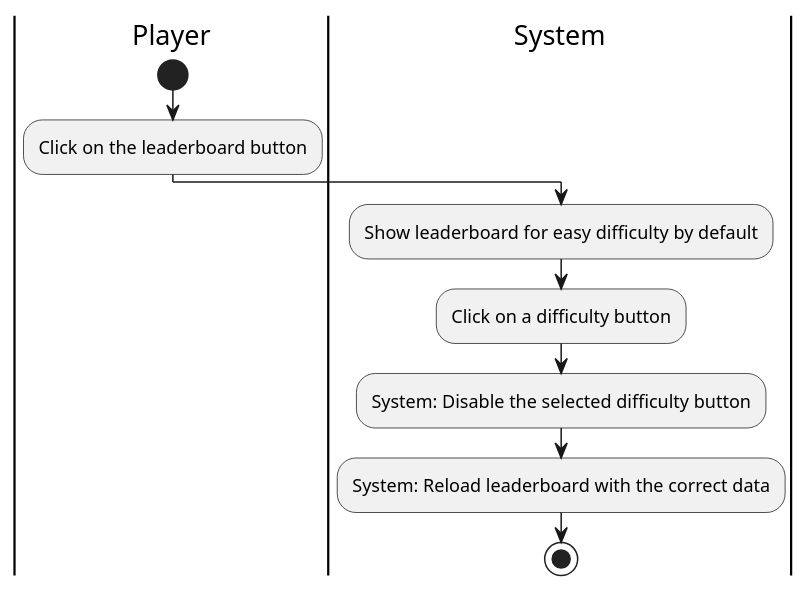
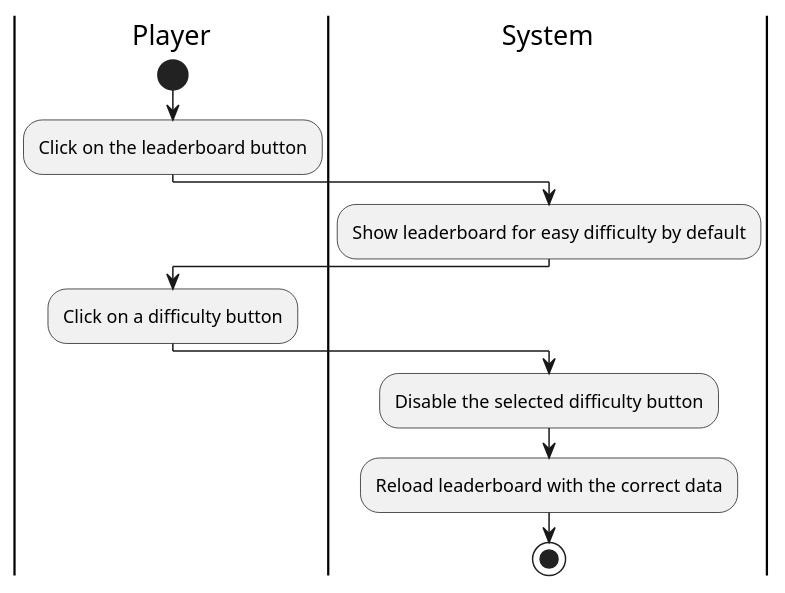
One commit to LosVerinos/Crossy-Road changed the diagram in Analyse/UseCase/checkLeaderboard.puml. Above: the diagram before and after it, drawn with PlantUML. The commit also changed 13 other files, not shown here.

Commit message:
Modifications de certains diagrammes

```diff
--- a/Analyse/UseCase/checkLeaderboard.puml
+++ b/Analyse/UseCase/checkLeaderboard.puml
@@ -1,13 +1,16 @@
 @startuml checkLeaderBoardUC
 |Player|
 start
 :Click on the leaderboard button;
 
 |System|
 :Show leaderboard for easy difficulty by default;
 
+|Player|
 :Click on a difficulty button;
-:System: Disable the selected difficulty button;
-:System: Reload leaderboard with the correct data;
+
+|System|
+:Disable the selected difficulty button;
+:Reload leaderboard with the correct data;
 stop
 @enduml
```
